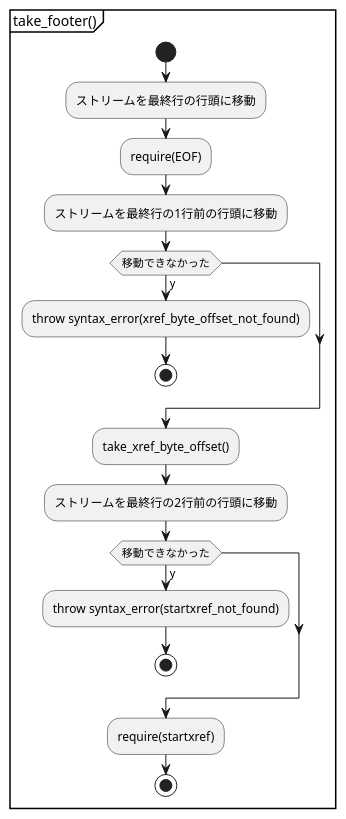
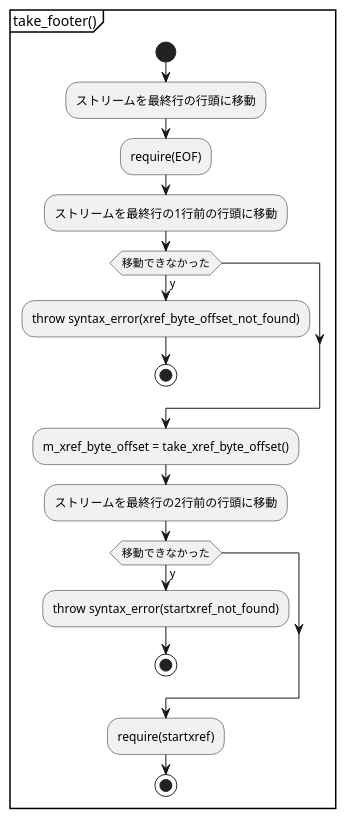
One commit to KodaiYM/PDFReader changed the second of 7 diagrams in document/parser.activity.pu. Above: the diagram before and after it, drawn with PlantUML. The commit also changed other lines of this file and 1 other file, not shown here.

Commit message:
クラス図を正しいUMLの記法に沿って記述した

```diff
--- a/document/parser.activity.pu
+++ b/document/parser.activity.pu
@@ -10,20 +10,20 @@
 @startuml take_footer
 partition "take_footer()" {
 start
 	:ストリームを最終行の行頭に移動;
 	:require(EOF);
 	:ストリームを最終行の1行前の行頭に移動;
 	if (移動できなかった) then (y)
 		:throw syntax_error(xref_byte_offset_not_found);
 		stop
 	endif
-	:take_xref_byte_offset();
+	:m_xref_byte_offset = take_xref_byte_offset();
 	:ストリームを最終行の2行前の行頭に移動;
 	if (移動できなかった) then (y)
 		:throw syntax_error(startxref_not_found);
 		stop
 	endif
 	:require(startxref);
 stop
 }
 @enduml
```
